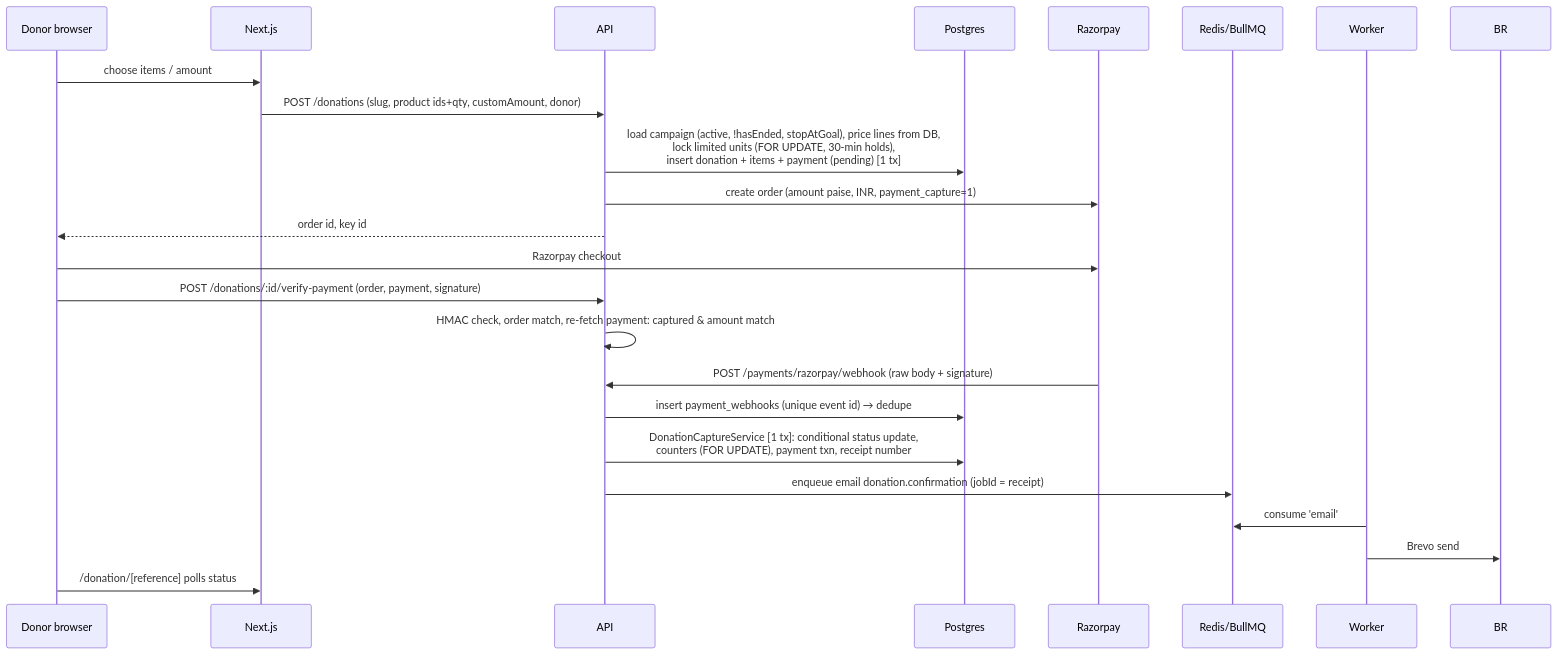
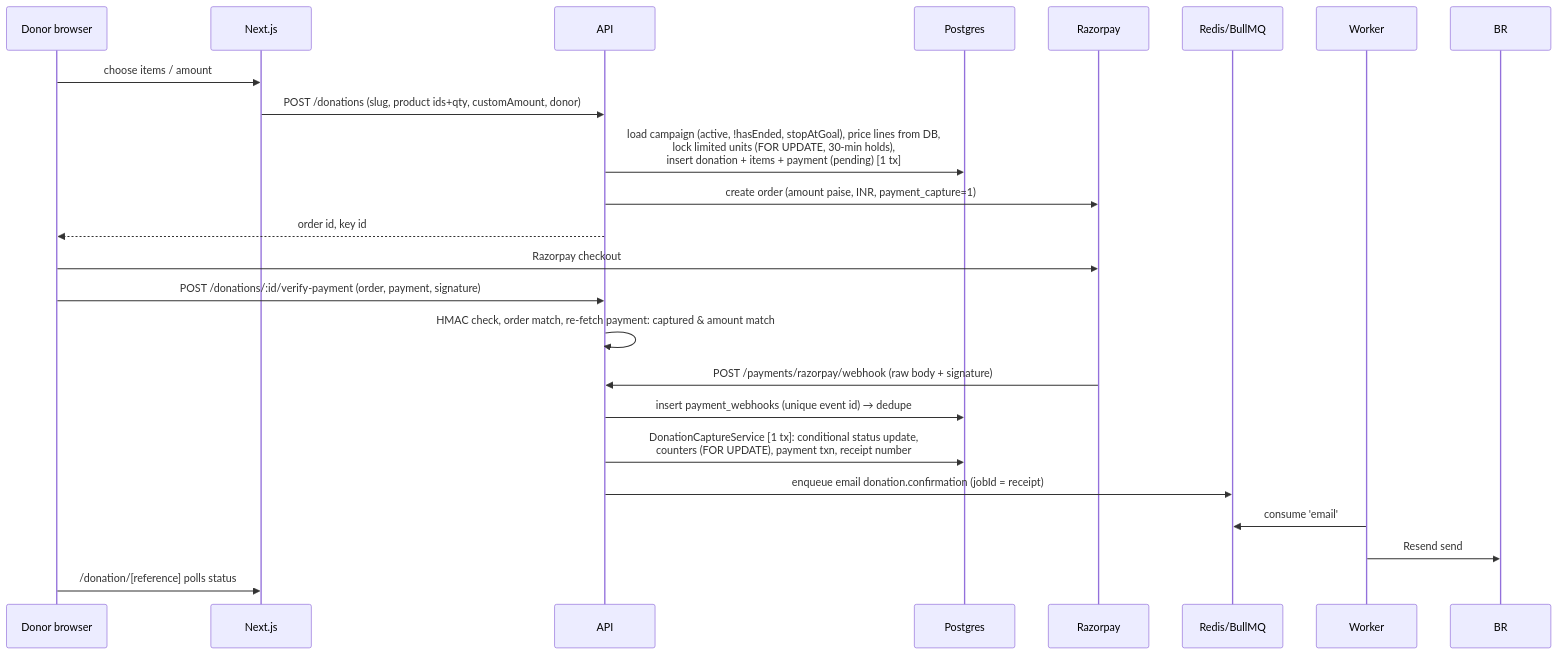
The third of 3 diagrams in ARCHITECTURE.md (shubhankar-haldar-01/sailent-foundation), drawn with Mermaid before and after one commit. The commit also changed other lines of this file and 300 other files, not shown here.

````diff
--- a/ARCHITECTURE.md
+++ b/ARCHITECTURE.md
@@ -113,25 +113,25 @@
 ```mermaid
 sequenceDiagram
   participant B as Donor browser
   participant W as Next.js
   participant A as API
   participant D as Postgres
   participant R as Razorpay
   participant Q as Redis/BullMQ
   participant K as Worker
   B->>W: choose items / amount
   W->>A: POST /donations (slug, product ids+qty, customAmount, donor)
   A->>D: load campaign (active, !hasEnded, stopAtGoal), price lines from DB,<br/>lock limited units (FOR UPDATE, 30-min holds),<br/>insert donation + items + payment (pending) [1 tx]
   A->>R: create order (amount paise, INR, payment_capture=1)
   A-->>B: order id, key id
   B->>R: Razorpay checkout
   B->>A: POST /donations/:id/verify-payment (order, payment, signature)
   A->>A: HMAC check, order match, re-fetch payment: captured & amount match
   R->>A: POST /payments/razorpay/webhook (raw body + signature)
   A->>D: insert payment_webhooks (unique event id) → dedupe
   A->>D: DonationCaptureService [1 tx]: conditional status update,<br/>counters (FOR UPDATE), payment txn, receipt number
   A->>Q: enqueue email donation.confirmation (jobId = receipt)
   K->>Q: consume 'email'
-  K->>BR: Brevo send
+  K->>BR: Resend send
   B->>W: /donation/[reference] polls status
 ```
````
